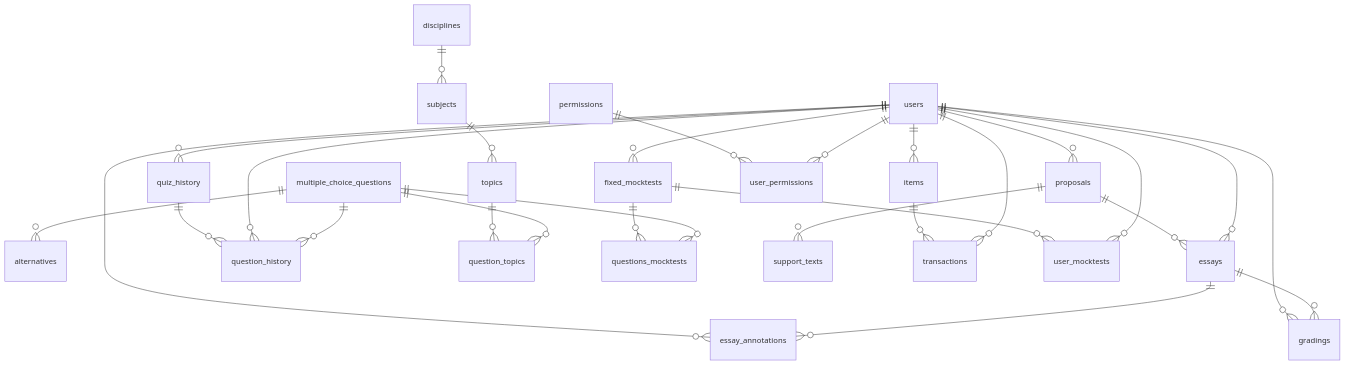
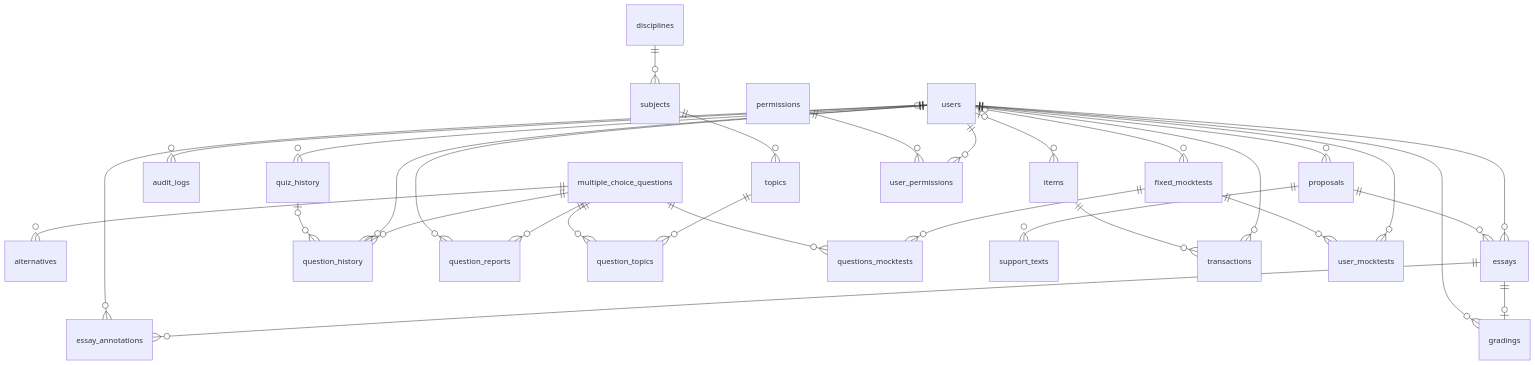
One commit to IthaloCavalcante/ifvest-docs changed the first of 9 diagrams in docs/modelo-de-dados.md. Above: the diagram before and after it, drawn with Mermaid. The commit also changed other lines of this file and 17 other files, not shown here.

````diff
--- a/docs/modelo-de-dados.md
+++ b/docs/modelo-de-dados.md
@@ -16,30 +18,33 @@
 ```mermaid
 erDiagram
     multiple_choice_questions ||--o{ alternatives : ""
+    users |o--o{ audit_logs : ""
+    essays ||--o{ essay_annotations : ""
     users ||--o{ essay_annotations : ""
-    essays ||--o{ essay_annotations : ""
+    users ||--o{ essays : ""
     proposals ||--o{ essays : ""
-    users ||--o{ essays : ""
-    users ||--o{ fixed_mocktests : ""
+    users |o--o{ fixed_mocktests : ""
+    essays ||--o| gradings : ""
     users ||--o{ gradings : ""
-    essays ||--o{ gradings : ""
-    users ||--o{ items : ""
+    users |o--o{ items : ""
     users ||--o{ proposals : ""
-    quiz_history ||--o{ question_history : ""
+    multiple_choice_questions ||--o{ question_history : ""
     users ||--o{ question_history : ""
-    multiple_choice_questions ||--o{ question_history : ""
+    quiz_history |o--o{ question_history : ""
+    multiple_choice_questions ||--o{ question_reports : ""
+    users ||--o{ question_reports : ""
     topics ||--o{ question_topics : ""
     multiple_choice_questions ||--o{ question_topics : ""
     fixed_mocktests ||--o{ questions_mocktests : ""
     multiple_choice_questions ||--o{ questions_mocktests : ""
     users ||--o{ quiz_history : ""
     disciplines ||--o{ subjects : ""
     proposals ||--o{ support_texts : ""
     subjects ||--o{ topics : ""
+    users ||--o{ transactions : ""
     items ||--o{ transactions : ""
-    users ||--o{ transactions : ""
+    users ||--o{ user_mocktests : ""
     fixed_mocktests ||--o{ user_mocktests : ""
-    users ||--o{ user_mocktests : ""
+    users ||--o{ user_permissions : ""
     permissions ||--o{ user_permissions : ""
-    users ||--o{ user_permissions : ""
 ```
````
